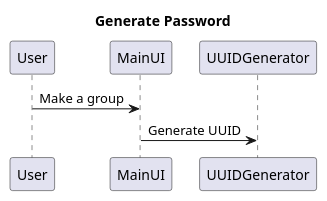
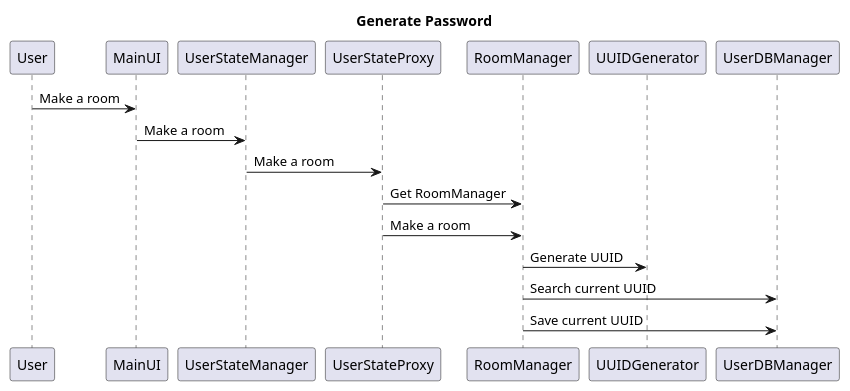
One commit to 2bellwater/EMO_USE_CASE changed the diagram in UC_GENERATE_PASSWORD.wsd. Above: the diagram before and after it, drawn with PlantUML. The commit also changed 2 other files, not shown here.

Commit message:
Add proxy and UserState

```diff
--- a/UC_GENERATE_PASSWORD.wsd
+++ b/UC_GENERATE_PASSWORD.wsd
@@ -1,5 +1,11 @@
 @startuml
 title Generate Password
-User -> MainUI : Make a group
-MainUI -> UUIDGenerator : Generate UUID
+User -> MainUI : Make a room
+MainUI -> UserStateManager : Make a room
+UserStateManager -> UserStateProxy : Make a room
+UserStateProxy -> RoomManager : Get RoomManager
+UserStateProxy -> RoomManager : Make a room
+RoomManager -> UUIDGenerator : Generate UUID
+RoomManager -> UserDBManager : Search current UUID
+RoomManager -> UserDBManager : Save current UUID
 @enduml
```
